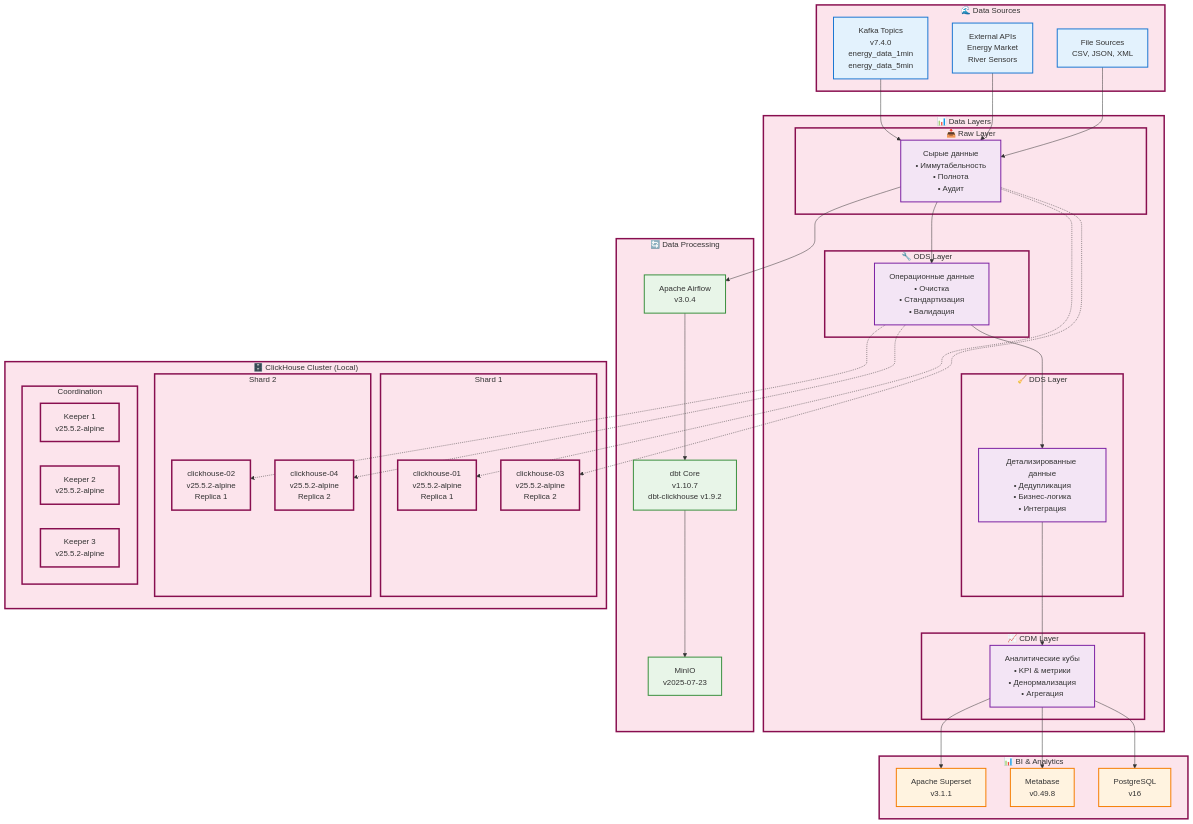
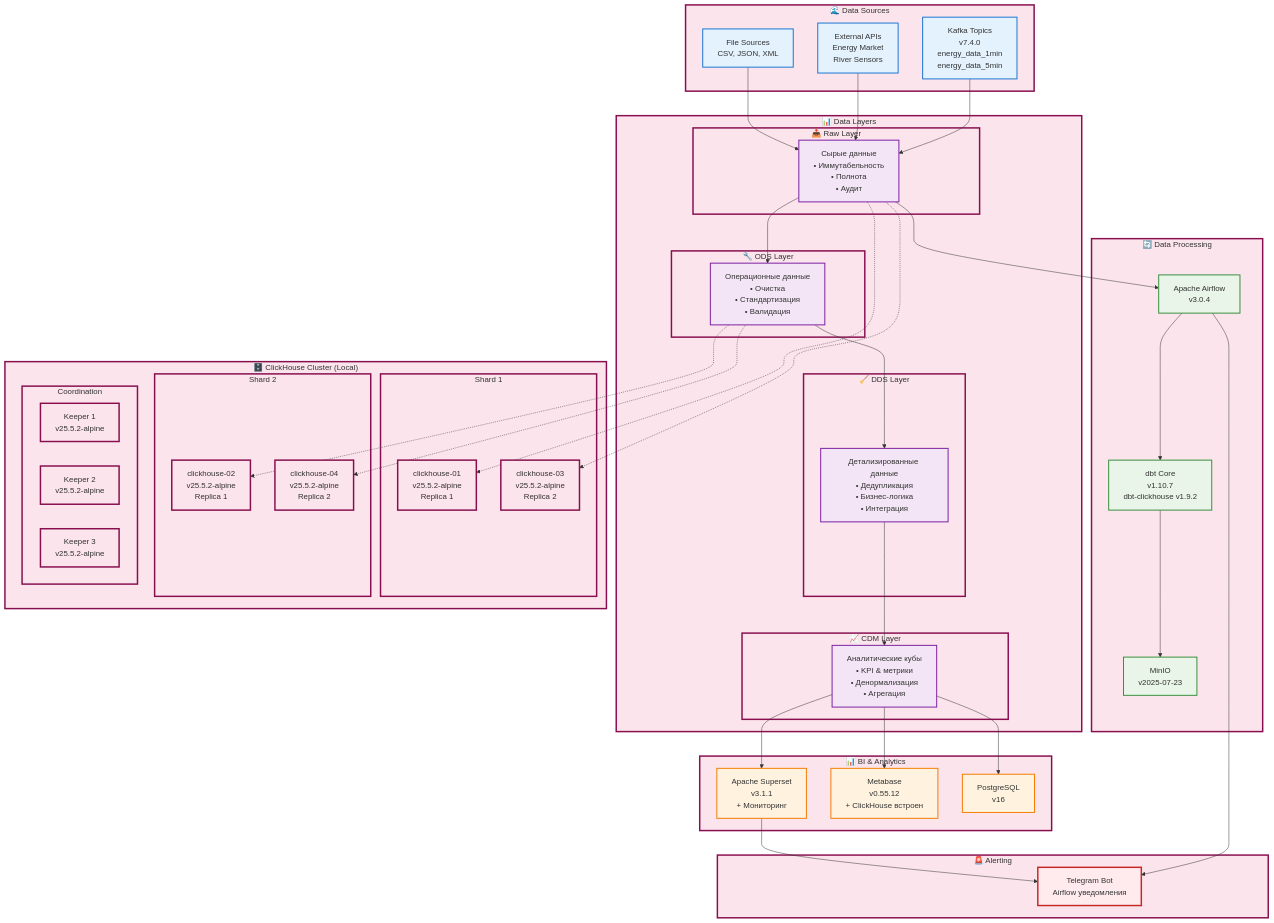
Before and after one commit to principalwater/clickhouse-energyhub: the first of 2 diagrams in README.md, drawn with Mermaid. The commit also changed other lines of this file and 31 other files, not shown here.

Commit message:
[additional-infra] Added alerting and monitoring via TelegramOperator DAG (#10)

````diff
--- a/README.md
+++ b/README.md
@@ -81,9 +81,14 @@
     
     %% BI инструменты
     subgraph "📊 BI & Analytics"
-        SUPERSET[Apache Superset<br/>v3.1.1]
-        METABASE[Metabase<br/>v0.49.8]
+        SUPERSET[Apache Superset<br/>v3.1.1<br/>+ Мониторинг]
+        METABASE[Metabase<br/>v0.55.12<br/>+ ClickHouse встроен]
         POSTGRES[PostgreSQL<br/>v16]
+    end
+    
+    %% Алертинг
+    subgraph "🚨 Alerting"
+        TELEGRAM[Telegram Bot<br/>Airflow уведомления]
     end
     
     %% Потоки данных
@@ -111,16 +116,22 @@
     CDM --> METABASE
     CDM --> POSTGRES
     
+    %% Алертинг
+    AIRFLOW --> TELEGRAM
+    SUPERSET --> TELEGRAM
+    
     %% Стили
     classDef source fill:#e3f2fd,stroke:#1976d2,stroke-width:2px
     classDef layer fill:#f3e5f5,stroke:#7b1fa2,stroke-width:2px
     classDef processing fill:#e8f5e8,stroke:#388e3c,stroke-width:2px
     classDef cluster fill:#fce4ec,stroke:#880e4f,stroke-width:3px
     classDef bi fill:#fff3e0,stroke:#f57c00,stroke-width:2px
+    classDef alerting fill:#ffebee,stroke:#c62828,stroke-width:3px
     
     class KAFKA,API,FILES source
     class RAW,ODS,DDS,CDM layer
     class AIRFLOW,DBT,MINIO processing
     class CH1,CH2,CH3,CH4,CHK1,CHK2,CHK3 cluster
     class SUPERSET,METABASE,POSTGRES bi
+    class TELEGRAM alerting
 ```
````
